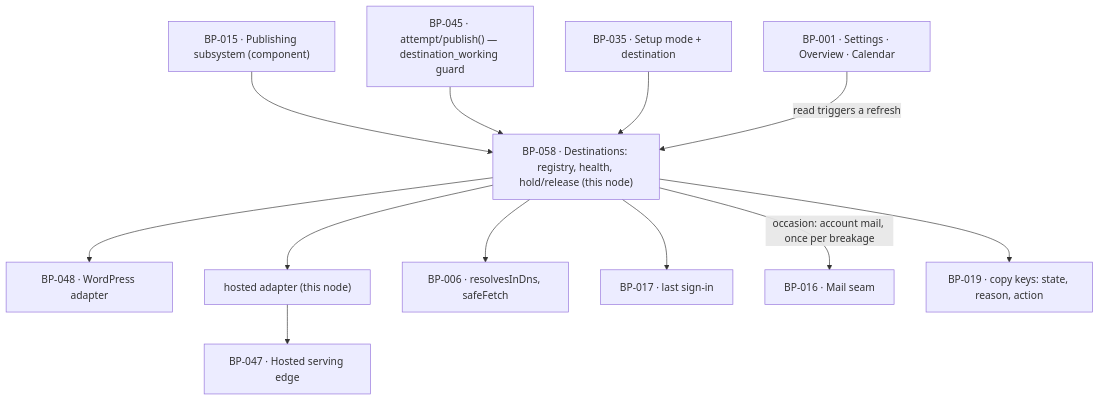
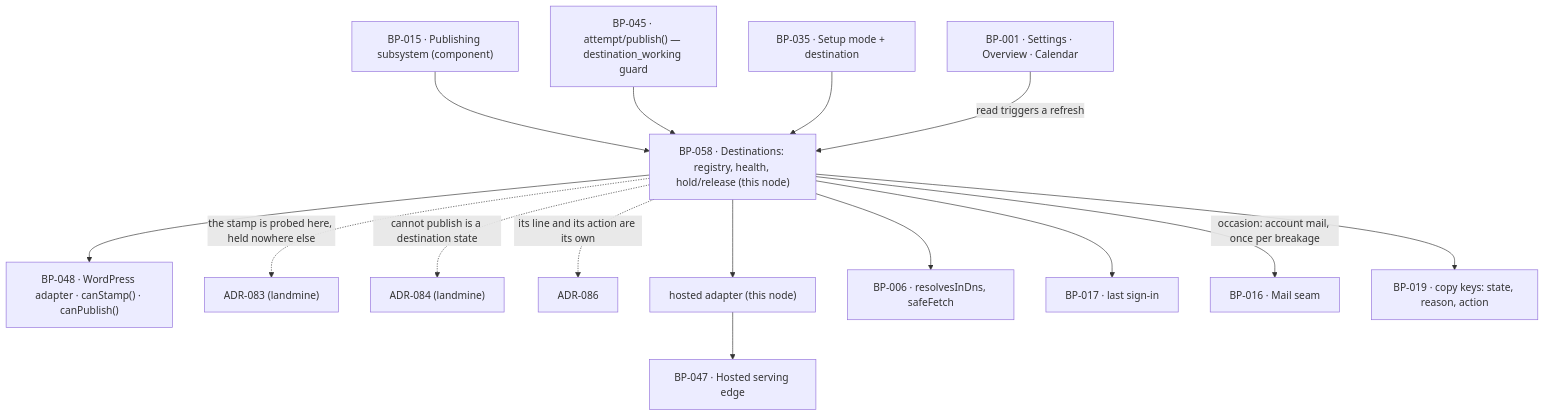
One commit to tim-clifford6991/reachkitv3 changed the diagram in sdlc-factory/docs/blueprints/BP-058.md. Above: the diagram before and after it, drawn with Mermaid. The commit also changed other lines of this file and 30 other files, not shown here.

First line of the commit message:
feat(blueprints): fold the publish-live rulings into the architecture

````diff
--- a/sdlc-factory/docs/blueprints/BP-058.md
+++ b/sdlc-factory/docs/blueprints/BP-058.md
@@ -56,14 +58,17 @@
 ```mermaid
 graph TD
   BP015["BP-015 · Publishing subsystem (component)"] --> BP058
   BP058["BP-058 · Destinations: registry, health, hold/release (this node)"]
   BP045["BP-045 · attempt/publish() — destination_working guard"] --> BP058
-  BP058 --> BP048["BP-048 · WordPress adapter"]
+  BP058 --> BP048["BP-048 · WordPress adapter · canStamp() · canPublish()"]
+  BP058 -.->|"the stamp is probed here, held nowhere else"| ADR083["ADR-083 (landmine)"]
+  BP058 -.->|"cannot publish is a destination state"| ADR084["ADR-084 (landmine)"]
+  BP058 -.->|"its line and its action are its own"| ADR086["ADR-086"]
   BP058 --> HOSTED["hosted adapter (this node)"] --> BP047["BP-047 · Hosted serving edge"]
   BP058 --> BP006["BP-006 · resolvesInDns, safeFetch"]
   BP058 --> BP017["BP-017 · last sign-in"]
   BP058 -->|"occasion: account mail, once per breakage"| BP016["BP-016 · Mail seam"]
   BP058 --> BP019["BP-019 · copy keys: state, reason, action"]
   BP035["BP-035 · Setup mode + destination"] --> BP058
   BP001["BP-001 · Settings · Overview · Calendar"] -->|"read triggers a refresh"| BP058
 ```
````
